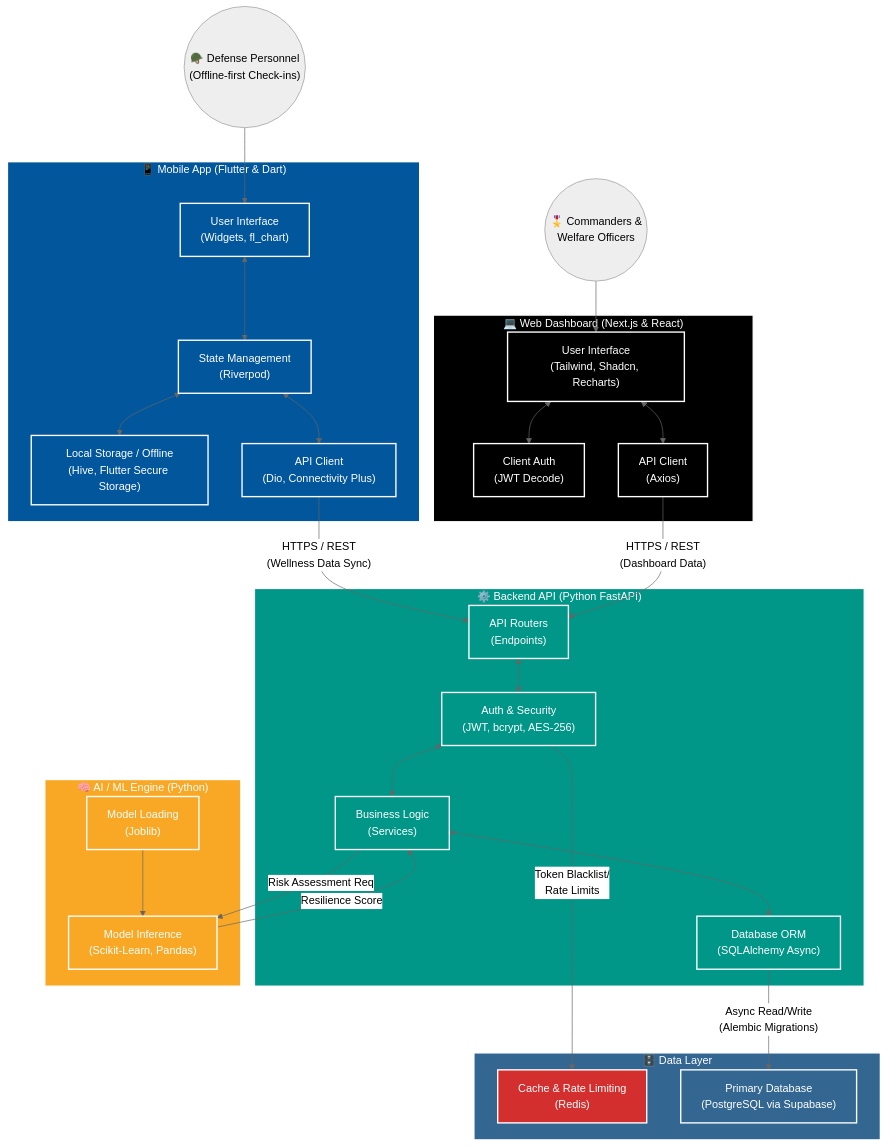
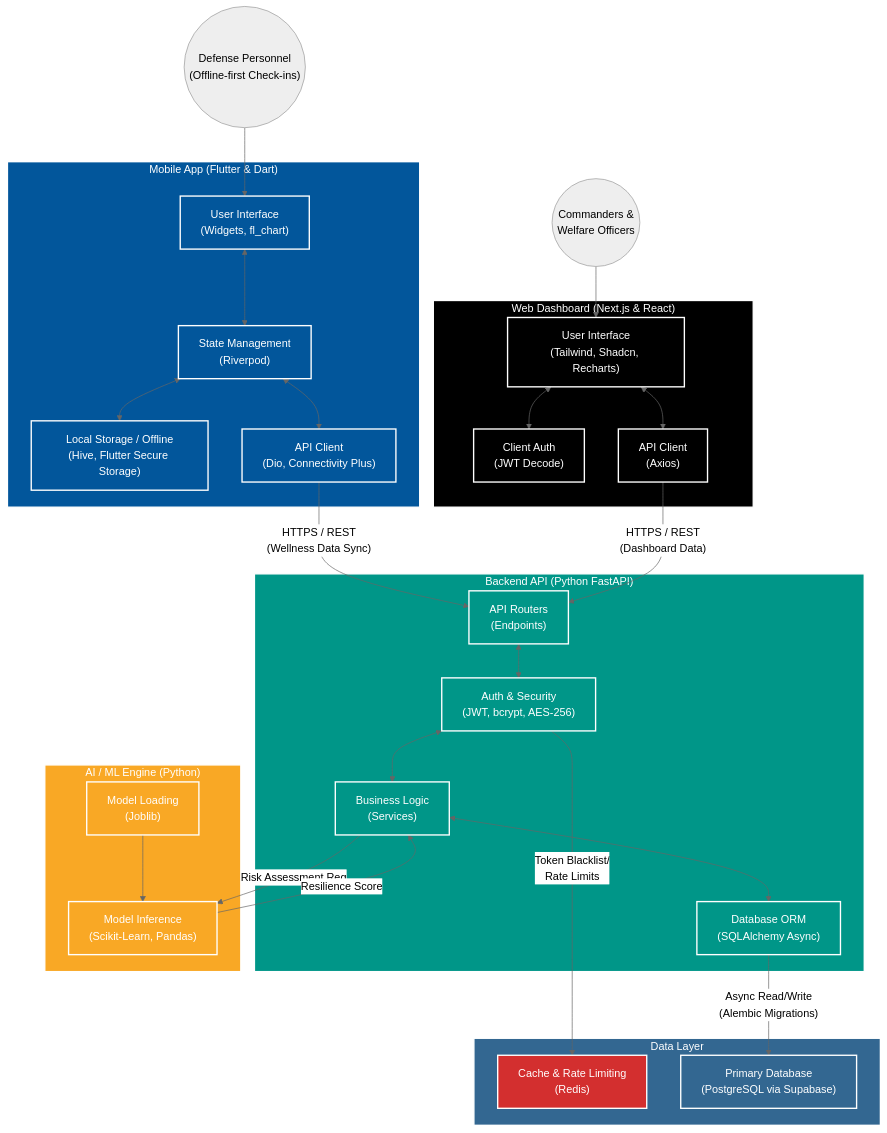
Before and after one commit to rohittyagii/SIH: the diagram in System_Architecture_Flow.md, drawn with Mermaid (neutral theme). The commit also changed 3 other files, not shown here.

````diff
--- a/System_Architecture_Flow.md
+++ b/System_Architecture_Flow.md
@@ -7,78 +7,78 @@
 ```mermaid
 graph TD
     %% Define Styles
     classDef mobile fill:#02569B,stroke:#fff,stroke-width:2px,color:#fff;
     classDef web fill:#000000,stroke:#fff,stroke-width:2px,color:#fff;
     classDef backend fill:#009688,stroke:#fff,stroke-width:2px,color:#fff;
     classDef database fill:#336791,stroke:#fff,stroke-width:2px,color:#fff;
     classDef ml fill:#F9A825,stroke:#fff,stroke-width:2px,color:#fff;
     classDef cache fill:#D32F2F,stroke:#fff,stroke-width:2px,color:#fff;
 
     %% Mobile App (Flutter)
-    subgraph MobileApp ["📱 Mobile App (Flutter & Dart)"]
+    subgraph MobileApp [" Mobile App (Flutter & Dart)"]
         UI_Mobile["User Interface\n(Widgets, fl_chart)"]
         State_Mobile["State Management\n(Riverpod)"]
         Local_DB["Local Storage / Offline\n(Hive, Flutter Secure Storage)"]
         Network_Mobile["API Client\n(Dio, Connectivity Plus)"]
         
         UI_Mobile <--> State_Mobile
         State_Mobile <--> Local_DB
         State_Mobile <--> Network_Mobile
     end
     class MobileApp,UI_Mobile,State_Mobile,Local_DB,Network_Mobile mobile;
 
     %% Web Dashboard (Next.js)
-    subgraph WebDashboard ["💻 Web Dashboard (Next.js & React)"]
+    subgraph WebDashboard [" Web Dashboard (Next.js & React)"]
         UI_Web["User Interface\n(Tailwind, Shadcn, Recharts)"]
         Auth_Web["Client Auth\n(JWT Decode)"]
         Network_Web["API Client\n(Axios)"]
         
         UI_Web <--> Auth_Web
         UI_Web <--> Network_Web
     end
     class WebDashboard,UI_Web,Auth_Web,Network_Web web;
 
     %% Backend API (FastAPI)
-    subgraph Backend ["⚙️ Backend API (Python FastAPI)"]
+    subgraph Backend [" Backend API (Python FastAPI)"]
         Router["API Routers\n(Endpoints)"]
         Auth_Middle["Auth & Security\n(JWT, bcrypt, AES-256)"]
         Services["Business Logic\n(Services)"]
         ORM["Database ORM\n(SQLAlchemy Async)"]
         
         Router <--> Auth_Middle
         Auth_Middle <--> Services
         Services <--> ORM
     end
     class Backend,Router,Auth_Middle,Services,ORM backend;
 
     %% Data Layer
-    subgraph DataLayer ["🗄️ Data Layer"]
+    subgraph DataLayer [" Data Layer"]
         Redis["Cache & Rate Limiting\n(Redis)"]
         Postgres["Primary Database\n(PostgreSQL via Supabase)"]
     end
     class DataLayer,Redis,Postgres database;
     class Redis cache;
 
     %% AI / ML Engine
-    subgraph MLEngine ["🧠 AI / ML Engine (Python)"]
+    subgraph MLEngine [" AI / ML Engine (Python)"]
         Scikit["Model Inference\n(Scikit-Learn, Pandas)"]
         Joblib["Model Loading\n(Joblib)"]
         
         Joblib --> Scikit
     end
     class MLEngine,Scikit,Joblib ml;
 
     %% Connections
     Network_Mobile -- "HTTPS / REST\n(Wellness Data Sync)" --> Router
     Network_Web -- "HTTPS / REST\n(Dashboard Data)" --> Router
     
     Services -- "Risk Assessment Req" --> Scikit
     Scikit -- "Resilience Score" --> Services
     
     Auth_Middle -- "Token Blacklist/\nRate Limits" --> Redis
     ORM -- "Async Read/Write\n(Alembic Migrations)" --> Postgres
 
     %% Users
-    Personnel(("🪖 Defense Personnel\n(Offline-first Check-ins)")) --> UI_Mobile
-    Commander(("🎖️ Commanders &\nWelfare Officers")) --> UI_Web
+    Personnel((" Defense Personnel\n(Offline-first Check-ins)")) --> UI_Mobile
+    Commander((" Commanders &\nWelfare Officers")) --> UI_Web
 ```
````
